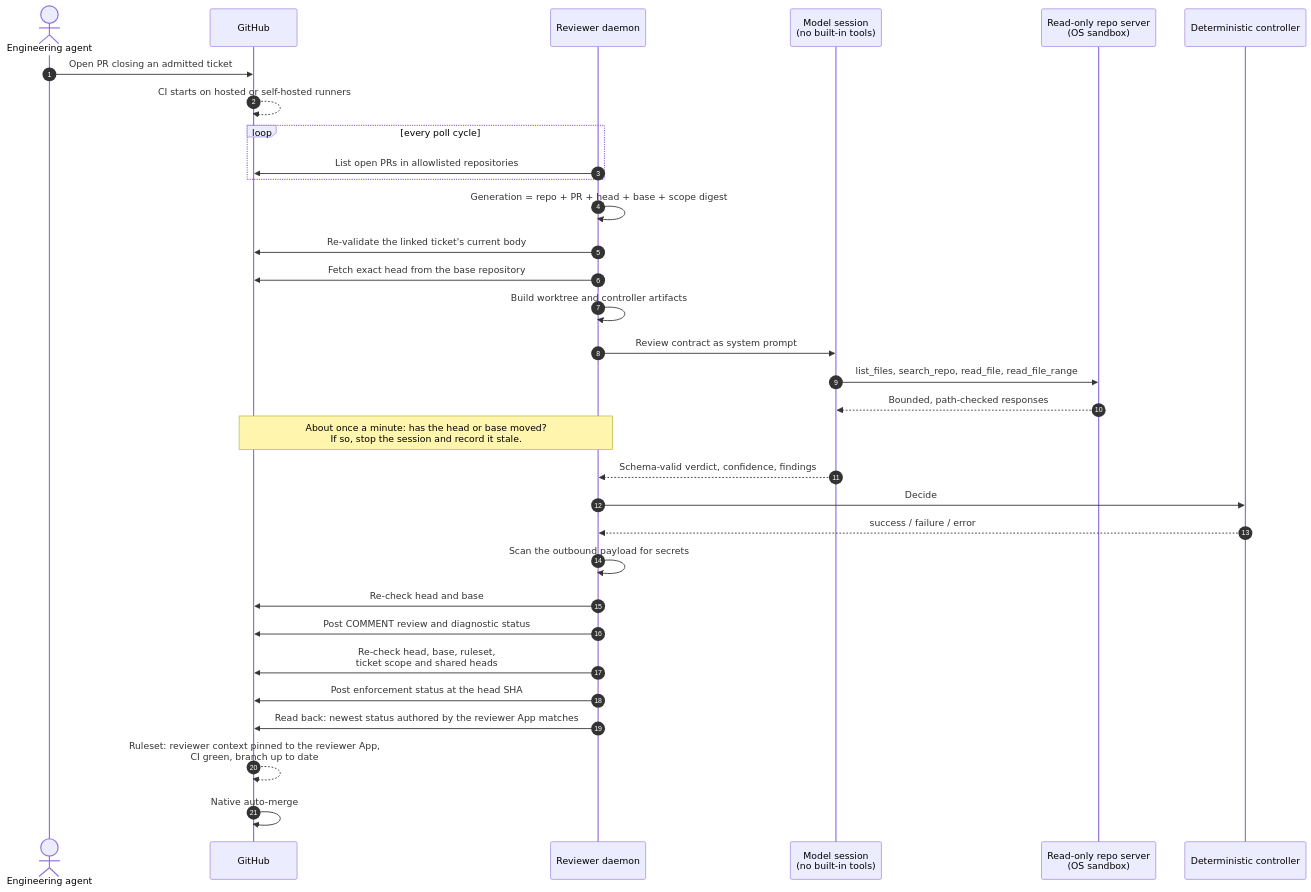
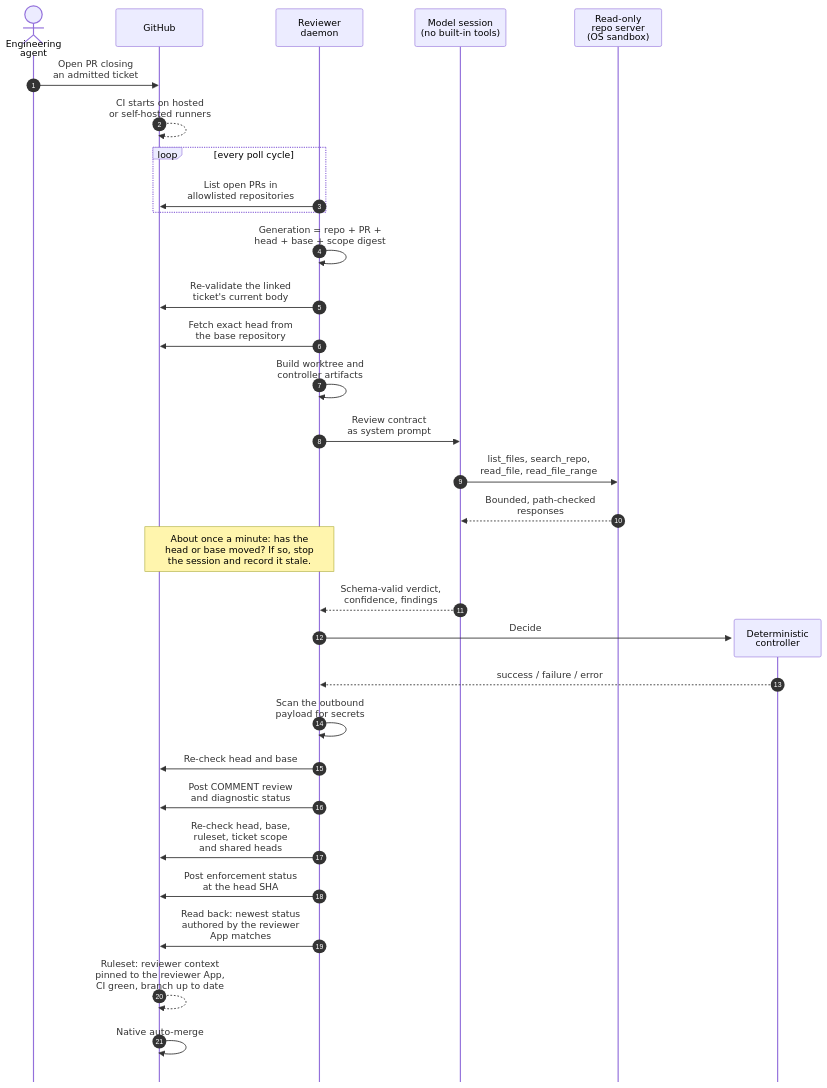
The first of 2 diagrams in docs/architecture/independent-reviewer.md (mk-global/engineering-showcase), drawn with Mermaid before and after one commit. The commit also changed other lines of this file and 5 other files, not shown here.

First line of the commit message:
Keep documentation diagrams clear of GitHub's diagram controls (#8)

````diff
--- a/docs/architecture/independent-reviewer.md
+++ b/docs/architecture/independent-reviewer.md
@@ -53,35 +53,36 @@
 ```mermaid
+%%{init: {"sequence": {"mirrorActors": false}}}%%
 sequenceDiagram
     autonumber
-    actor Agent as Engineering agent
+    actor Agent as Engineering<br/>agent
     participant GH as GitHub
-    participant D as Reviewer daemon
+    participant D as Reviewer<br/>daemon
     participant M as Model session<br/>(no built-in tools)
-    participant R as Read-only repo server<br/>(OS sandbox)
-    participant C as Deterministic controller
+    participant R as Read-only<br/>repo server<br/>(OS sandbox)
 
-    Agent->>GH: Open PR closing an admitted ticket
-    GH-->>GH: CI starts on hosted or self-hosted runners
+    Agent->>GH: Open PR closing<br/>an admitted ticket
+    GH-->>GH: CI starts on hosted<br/>or self-hosted runners
     loop every poll cycle
-        D->>GH: List open PRs in allowlisted repositories
+        D->>GH: List open PRs in<br/>allowlisted repositories
     end
-    D->>D: Generation = repo + PR + head + base + scope digest
-    D->>GH: Re-validate the linked ticket's current body
-    D->>GH: Fetch exact head from the base repository
-    D->>D: Build worktree and controller artifacts
-    D->>M: Review contract as system prompt
-    M->>R: list_files, search_repo, read_file, read_file_range
-    R-->>M: Bounded, path-checked responses
-    Note over D,GH: About once a minute: has the head or base moved?<br/>If so, stop the session and record it stale.
-    M-->>D: Schema-valid verdict, confidence, findings
+    D->>D: Generation = repo + PR +<br/>head + base + scope digest
+    D->>GH: Re-validate the linked<br/>ticket's current body
+    D->>GH: Fetch exact head from<br/>the base repository
+    D->>D: Build worktree and<br/>controller artifacts
+    D->>M: Review contract<br/>as system prompt
+    M->>R: list_files, search_repo,<br/>read_file, read_file_range
+    R-->>M: Bounded, path-checked<br/>responses
+    Note over D,GH: About once a minute: has the<br/>head or base moved? If so, stop<br/>the session and record it stale.
+    M-->>D: Schema-valid verdict,<br/>confidence, findings
+    create participant C as Deterministic<br/>controller
     D->>C: Decide
     C-->>D: success / failure / error
-    D->>D: Scan the outbound payload for secrets
+    D->>D: Scan the outbound<br/>payload for secrets
     D->>GH: Re-check head and base
-    D->>GH: Post COMMENT review and diagnostic status
-    D->>GH: Re-check head, base, ruleset,<br/>ticket scope and shared heads
-    D->>GH: Post enforcement status at the head SHA
-    D->>GH: Read back: newest status authored by the reviewer App matches
-    GH-->>GH: Ruleset: reviewer context pinned to the reviewer App,<br/>CI green, branch up to date
+    D->>GH: Post COMMENT review<br/>and diagnostic status
+    D->>GH: Re-check head, base,<br/>ruleset, ticket scope<br/>and shared heads
+    D->>GH: Post enforcement status<br/>at the head SHA
+    D->>GH: Read back: newest status<br/>authored by the reviewer<br/>App matches
+    GH-->>GH: Ruleset: reviewer context<br/>pinned to the reviewer App,<br/>CI green, branch up to date
     GH->>GH: Native auto-merge
 ```
````
